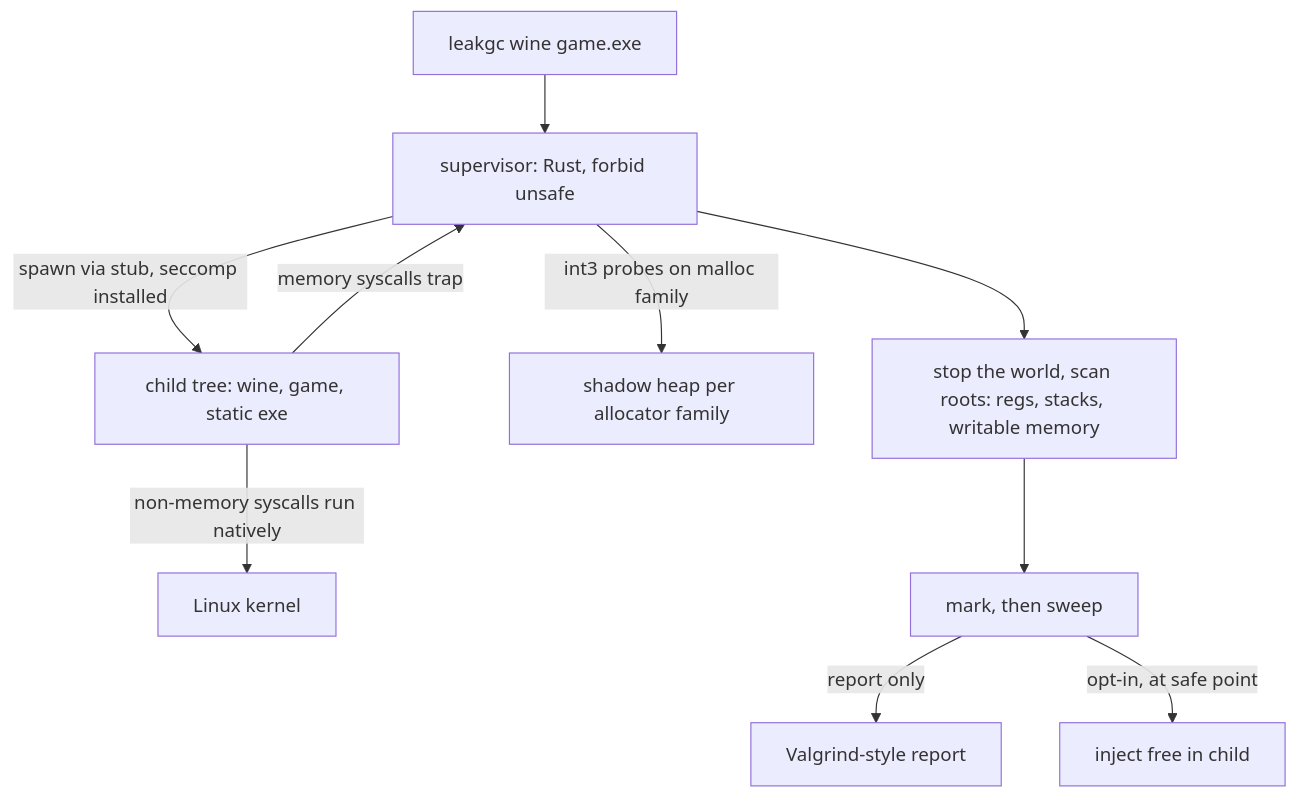
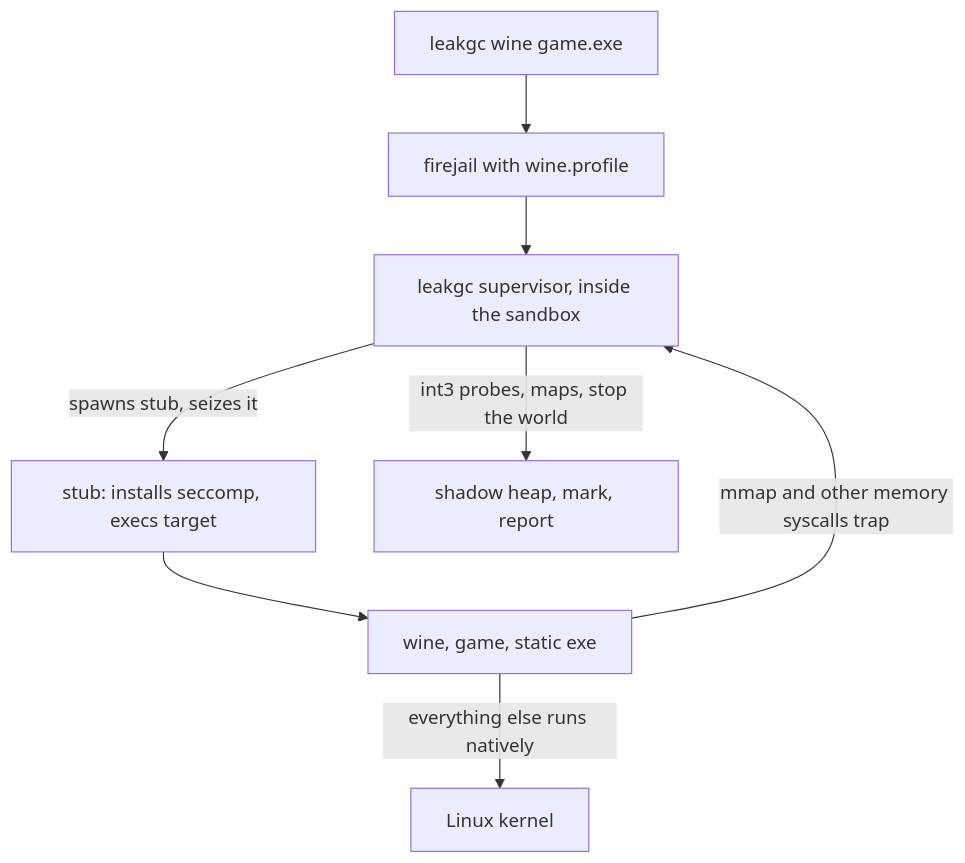
The diagram in PLAN.md (juanmaneo/leakgc), drawn with Mermaid before and after one commit. The commit also changed other lines of this file, not shown here.

Commit message:
docs: plan v2 after seccomp/firejail spike (lifecycle, wrapper placement, D15-D18)

````diff
--- a/PLAN.md
+++ b/PLAN.md
@@ -41,12 +44,10 @@
 ```mermaid
 flowchart TD
-    U[leakgc wine game.exe] --> S[supervisor: Rust, forbid unsafe]
-    S -->|spawn via stub, seccomp installed| C[child tree: wine, game, static exe]
-    C -->|non-memory syscalls run natively| K[Linux kernel]
-    C -->|memory syscalls trap| S
-    S -->|int3 probes on malloc family| M[shadow heap per allocator family]
-    S --> G[stop the world, scan roots: regs, stacks, writable memory]
-    G --> W[mark, then sweep]
-    W -->|report only| R[Valgrind-style report]
-    W -->|opt-in, at safe point| F[inject free in child]
+    U[leakgc wine game.exe] --> F[firejail with wine.profile]
+    F --> S[leakgc supervisor, inside the sandbox]
+    S -->|spawns stub, seizes it| T[stub: installs seccomp, execs target]
+    T --> W[wine, game, static exe]
+    W -->|mmap and other memory syscalls trap| S
+    W -->|everything else runs natively| K[Linux kernel]
+    S -->|int3 probes, maps, stop the world| G[shadow heap, mark, report]
 ```
````
